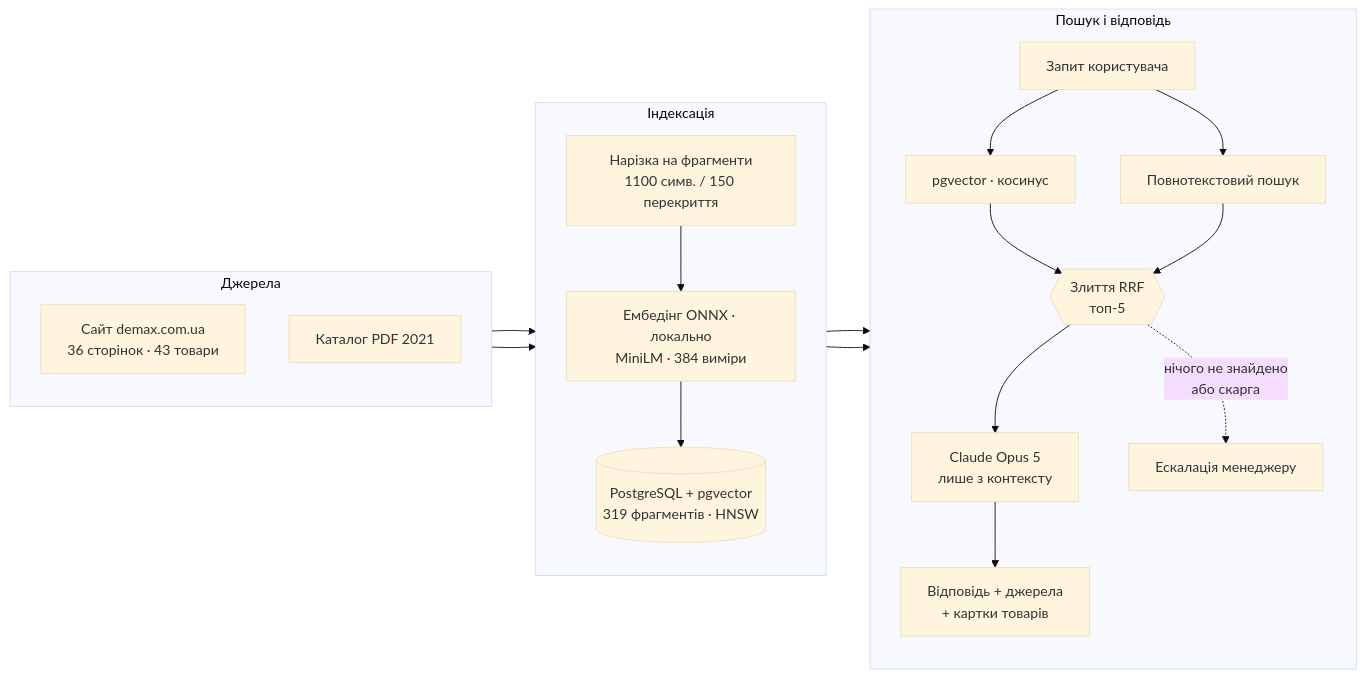
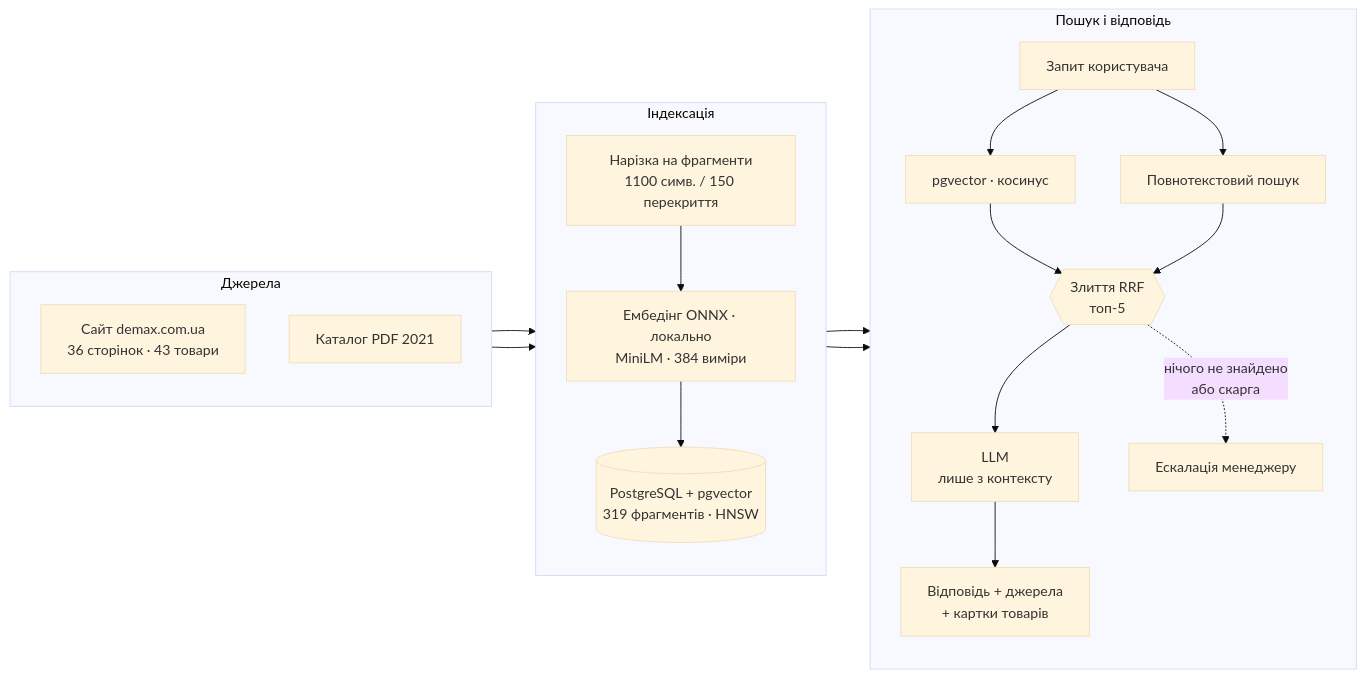
The diagram in README.md (kindrakevich-agency/demax), drawn with Mermaid (base theme) before and after one commit. The commit also changed 2 other files, not shown here.

Commit message:
Виправити повнотекстову гілку пошуку: вона мовчала на 11 питаннях із 12
websearch_to_tsquery з'єднує всі слова питання через AND разом зі
стоп-словами, тож «Які пептидні засоби пропонує DEMAX?» вимагало фрагмента
зі словами «які», «пропонує» й «demax» одночасно — таких немає. RRF
фактично працював як звичайний векторний пошук.

Тепер значущі слова з'єднуються через OR (fts_query), порядок задає ts_rank.
Лексична гілка спрацьовує на 10 питаннях із 12 замість 1.

Заразом: RAG.md — результати вимірювання MiniLM проти bge-m3, і назва LLM
у схемах змінена на нейтральну (стенд працює на тому провайдері, чий ключ
заданий у .env).

````diff
--- a/README.md
+++ b/README.md
@@ -53,36 +53,36 @@
 ```mermaid
 flowchart LR
     subgraph S["Джерела"]
         direction TB
         S1["Сайт demax.com.ua<br/>36 сторінок · 43 товари"]
         S2["Каталог PDF 2021"]
     end
 
     subgraph P["Індексація"]
         direction TB
         P1["Нарізка на фрагменти<br/>1100 симв. / 150 перекриття"]
         P2["Ембедінг ONNX · локально<br/>MiniLM · 384 виміри"]
         P3[("PostgreSQL + pgvector<br/>319 фрагментів · HNSW")]
         P1 --> P2 --> P3
     end
 
     subgraph R["Пошук і відповідь"]
         direction TB
         R1["Запит користувача"]
         R2["pgvector · косинус"]
         R3["Повнотекстовий пошук"]
         R4{{"Злиття RRF<br/>топ-5"}}
-        R5["Claude Opus 5<br/>лише з контексту"]
+        R5["LLM<br/>лише з контексту"]
         R6["Відповідь + джерела<br/>+ картки товарів"]
         R7["Ескалація менеджеру"]
         R1 --> R2 --> R4
         R1 --> R3 --> R4
         R4 --> R5 --> R6
         R4 -. "нічого не знайдено<br/>або скарга" .-> R7
     end
 
     S1 --> P1
     S2 --> P1
     P3 --> R2
     P3 --> R3
 ```
````
